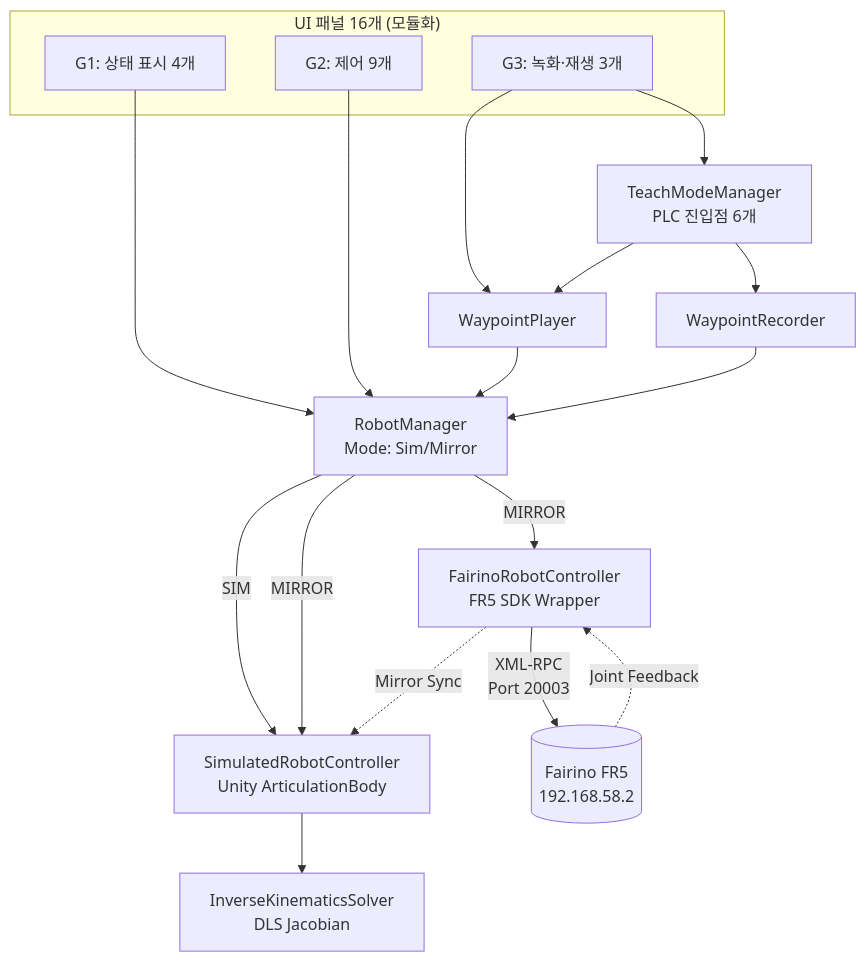
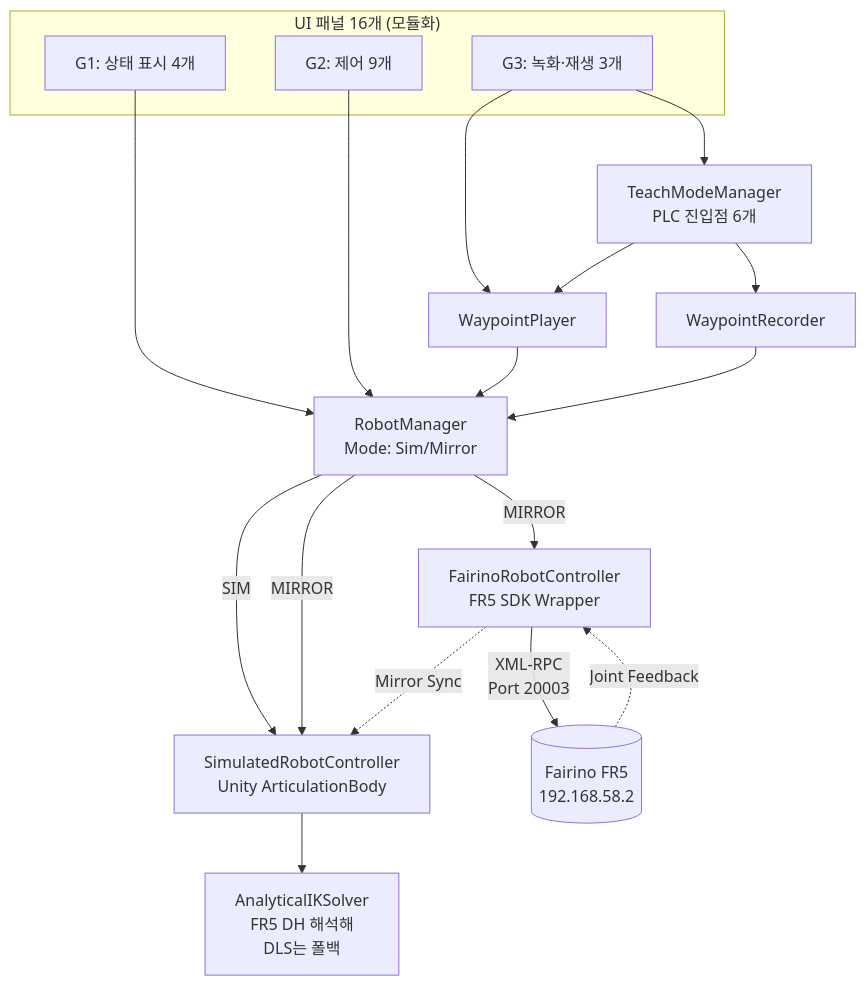
One commit to kimar1022-code/fairino-fr5-digital-twin-v2 changed the diagram in README.md. Above: the diagram before and after it, drawn with Mermaid. The commit also changed other lines of this file, not shown here.

First line of the commit message:
docs: 해석해 IK 반영 및 파일 구성·진행 상태 정정

````diff
--- a/README.md
+++ b/README.md
@@ -46,34 +54,34 @@
 ```mermaid
 flowchart TD
     subgraph Panels["UI 패널 16개 (모듈화)"]
         G1[G1: 상태 표시 4개]
         G2[G2: 제어 9개]
         G3[G3: 녹화·재생 3개]
     end
 
     Mgr[RobotManager<br/>Mode: Sim/Mirror]
     Teach[TeachModeManager<br/>PLC 진입점 6개]
     Rec[WaypointRecorder]
     Player[WaypointPlayer]
     Sim[SimulatedRobotController<br/>Unity ArticulationBody]
     Real[FairinoRobotController<br/>FR5 SDK Wrapper]
-    IK[InverseKinematicsSolver<br/>DLS Jacobian]
+    IK[AnalyticalIKSolver<br/>FR5 DH 해석해<br/>DLS는 폴백]
     Robot[(Fairino FR5<br/>192.168.58.2)]
 
     G1 --> Mgr
     G2 --> Mgr
     G3 --> Teach
     G3 --> Player
     Teach --> Rec
     Teach --> Player
     Player --> Mgr
     Rec --> Mgr
 
     Mgr -->|SIM| Sim
     Mgr -->|MIRROR| Sim
     Mgr -->|MIRROR| Real
     Sim --> IK
     Real -->|XML-RPC<br/>Port 20003| Robot
     Robot -.->|Joint Feedback| Real
     Real -.->|Mirror Sync| Sim
 ```
````
